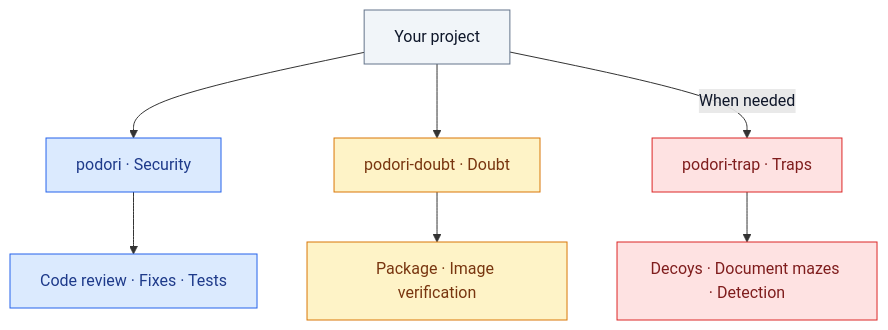
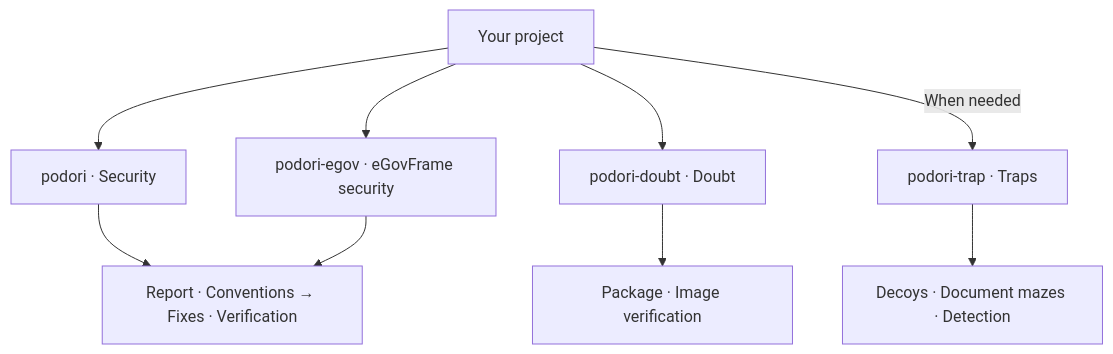
One commit to VerifiedIdiot/drosera changed the diagram in README.en.md. Above: the diagram before and after it, drawn with Mermaid. The commit also changed other lines of this file and 37 other files, not shown here.

First line of the commit message:
feat: add eGovFrame skill and safe sandbox plan

````diff
--- a/README.en.md
+++ b/README.en.md
@@ -90,18 +84,12 @@
 ```mermaid
 flowchart TD
     project["Your project"]
     project --> code["podori · Security"]
+    project --> egov["podori-egov · eGovFrame security"]
     project --> dependency["podori-doubt · Doubt"]
     project -->|When needed| trap["podori-trap · Traps"]
-    code --> fix["Code review · Fixes · Tests"]
+    code --> fix["Report · Conventions → Fixes · Verification"]
+    egov --> fix
     dependency --> verify["Package · Image verification"]
     trap --> decoy["Decoys · Document mazes · Detection"]
-    classDef base fill:#dbeafe,stroke:#2563eb,color:#1e3a8a
-    classDef doubt fill:#fef3c7,stroke:#d97706,color:#78350f
-    classDef trap fill:#fee2e2,stroke:#dc2626,color:#7f1d1d
-    classDef root fill:#f1f5f9,stroke:#64748b,color:#0f172a
-    class code,fix base
-    class dependency,verify doubt
-    class trap,decoy trap
-    class project root
 ```
````
